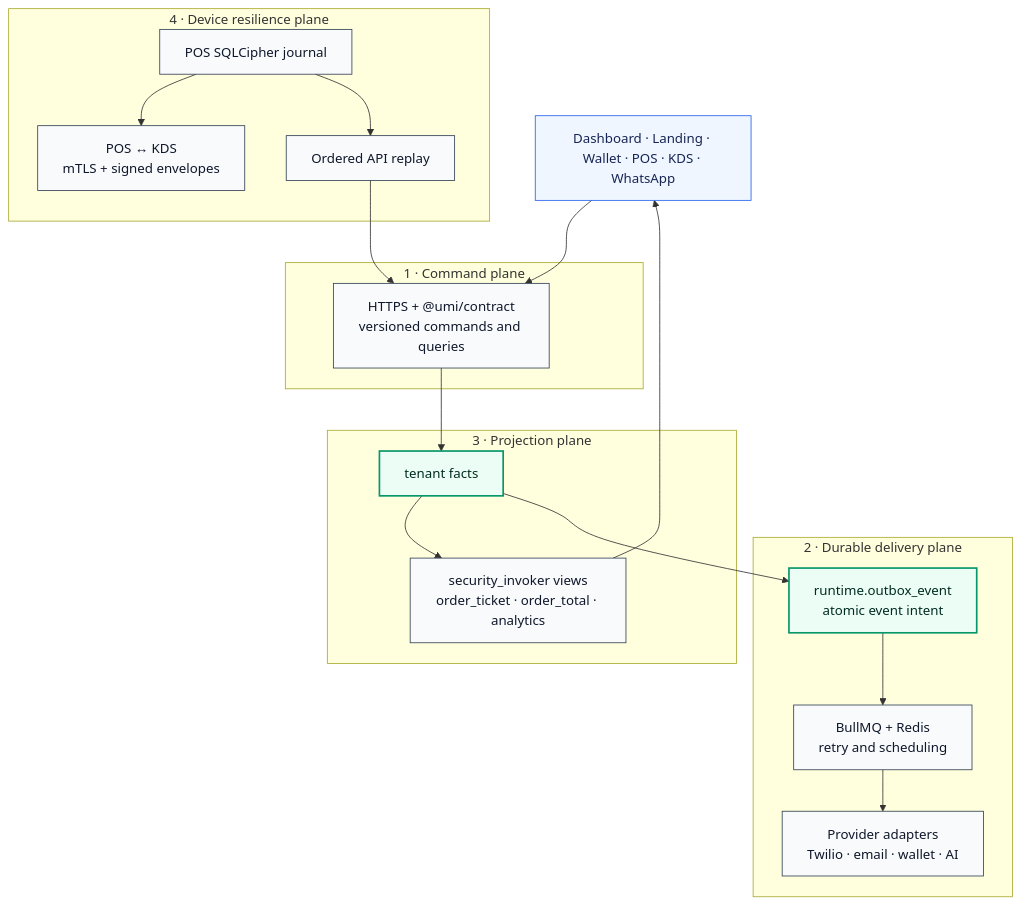
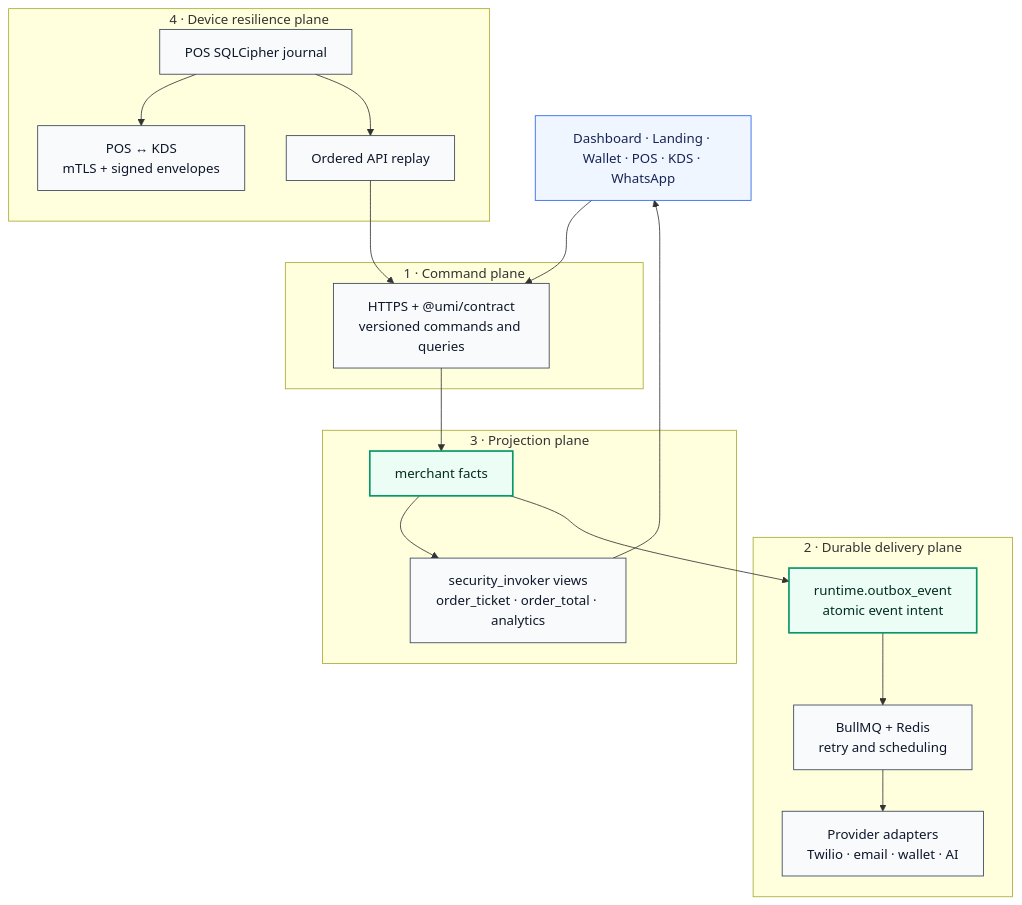
The third of 17 diagrams in docs/architecture/umi-platform-architecture-presentation.md (umiconsulting/umi), drawn with Mermaid before and after one commit. The commit also changed other lines of this file and 214 other files, not shown here.

````diff
--- a/docs/architecture/umi-platform-architecture-presentation.md
+++ b/docs/architecture/umi-platform-architecture-presentation.md
@@ -154,39 +154,39 @@
 ```mermaid
 flowchart TB
   classDef plane fill:#f8fafc,stroke:#334155,color:#0f172a,stroke-width:1px
   classDef source fill:#eff6ff,stroke:#2563eb,color:#172554
   classDef core fill:#ecfdf5,stroke:#059669,color:#022c22,stroke-width:2px
 
   Clients["Dashboard · Landing · Wallet · POS · KDS · WhatsApp"]:::source
 
   subgraph P1["1 · Command plane"]
     Contract["HTTPS + @umi/contract<br/>versioned commands and queries"]:::plane
   end
 
   subgraph P2["2 · Durable delivery plane"]
     Outbox["runtime.outbox_event<br/>atomic event intent"]:::core
     Bull["BullMQ + Redis<br/>retry and scheduling"]:::plane
     Adapters["Provider adapters<br/>Twilio · email · wallet · AI"]:::plane
     Outbox --> Bull --> Adapters
   end
 
   subgraph P3["3 · Projection plane"]
-    Facts["tenant facts"]:::core
+    Facts["merchant facts"]:::core
     Views["security_invoker views<br/>order_ticket · order_total · analytics"]:::plane
     Facts --> Views
   end
 
   subgraph P4["4 · Device resilience plane"]
     Journal["POS SQLCipher journal"]:::plane
     LAN["POS ↔ KDS<br/>mTLS + signed envelopes"]:::plane
     Replay["Ordered API replay"]:::plane
     Journal --> LAN
     Journal --> Replay
   end
 
   Clients --> Contract
   Contract --> Facts
   Facts --> Outbox
   Views --> Clients
   Replay --> Contract
 ```
````
